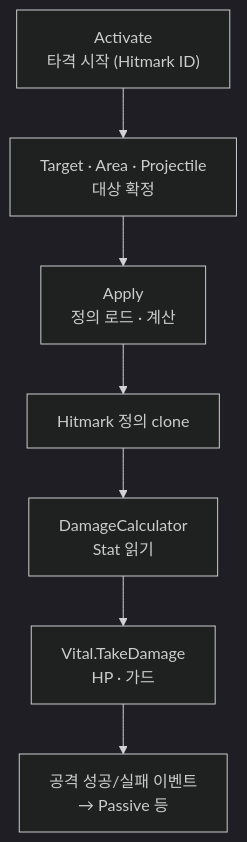
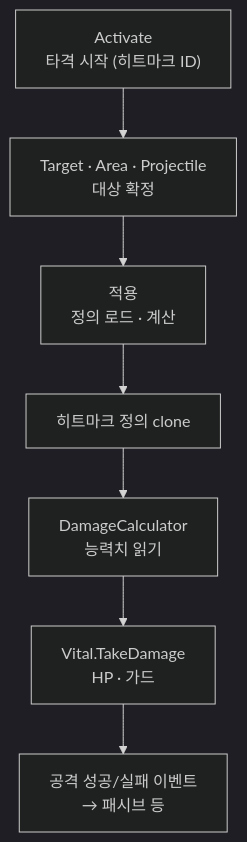
Before and after one commit to monet5379/monet5379.github.io: the diagram in notes/dragon-combat-hit-flow.md, drawn with Mermaid (dark theme). The commit also changed other lines of this file and 27 other files, not shown here.

````diff
--- a/notes/dragon-combat-hit-flow.md
+++ b/notes/dragon-combat-hit-flow.md
@@ -49,9 +49,9 @@
 ```mermaid
 flowchart TD
-  ACT["Activate<br/>타격 시작 (Hitmark ID)"] --> FORM["Target · Area · Projectile<br/>대상 확정"]
-  FORM --> APP["Apply<br/>정의 로드 · 계산"]
-  APP --> DEF["Hitmark 정의 clone"]
-  DEF --> CALC["DamageCalculator<br/>Stat 읽기"]
+  ACT["Activate<br/>타격 시작 (히트마크 ID)"] --> FORM["Target · Area · Projectile<br/>대상 확정"]
+  FORM --> APP["적용<br/>정의 로드 · 계산"]
+  APP --> DEF["히트마크 정의 clone"]
+  DEF --> CALC["DamageCalculator<br/>능력치 읽기"]
   CALC --> VIT["Vital.TakeDamage<br/>HP · 가드"]
-  VIT --> EVT["공격 성공/실패 이벤트<br/>→ Passive 등"]
+  VIT --> EVT["공격 성공/실패 이벤트<br/>→ 패시브 등"]
 ```
````
